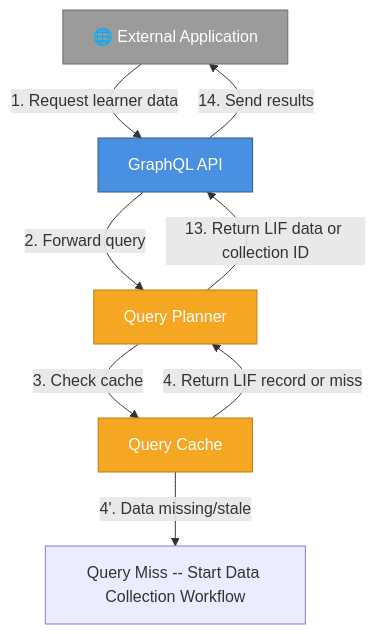
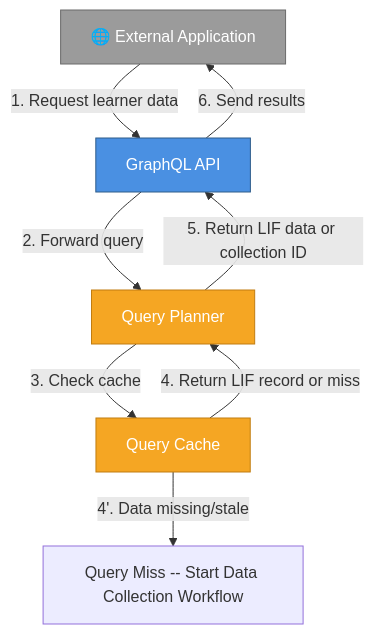
One commit to LIF-Initiative/lif-core changed diagram 13 of 15 in docs/lif_services_overview.md. Above: the diagram before and after it, drawn with Mermaid. The commit also changed other lines of this file, not shown here.

Commit message:
docs: addl clean up

````diff
--- a/docs/lif_services_overview.md
+++ b/docs/lif_services_overview.md
@@ -547,24 +547,24 @@
 ```mermaid
 graph TB
     User[🌐 External Application]
     GQL[GraphQL API]
     QP[Query Planner]
     Cache[Query Cache]
     MISS[Query Miss -- Start Data Collection Workflow]
     
     User -->|1. Request learner data| GQL
     GQL -->|2. Forward query| QP
     QP -->|3. Check cache| Cache
     Cache -->|4. Return LIF record or miss| QP
     Cache -->|4'. Data missing/stale| MISS
-    QP -->|13. Return LIF data or collection ID| GQL
-    GQL -->|14. Send results| User
+    QP -->|5. Return LIF data or collection ID| GQL
+    GQL -->|6. Send results| User
     
     classDef coreStyle fill:#4A90E2,stroke:#2E5C8A,color:#fff
     classDef infraStyle fill:#F5A623,stroke:#C17D11,color:#fff
     classDef extStyle fill:#9B9B9B,stroke:#6B6B6B,color:#fff
     
     class GQL,Trans,IDMap coreStyle
     class QP,Cache,Orch infraStyle
     class User,OrchTool,Sources extStyle
 ```
````
